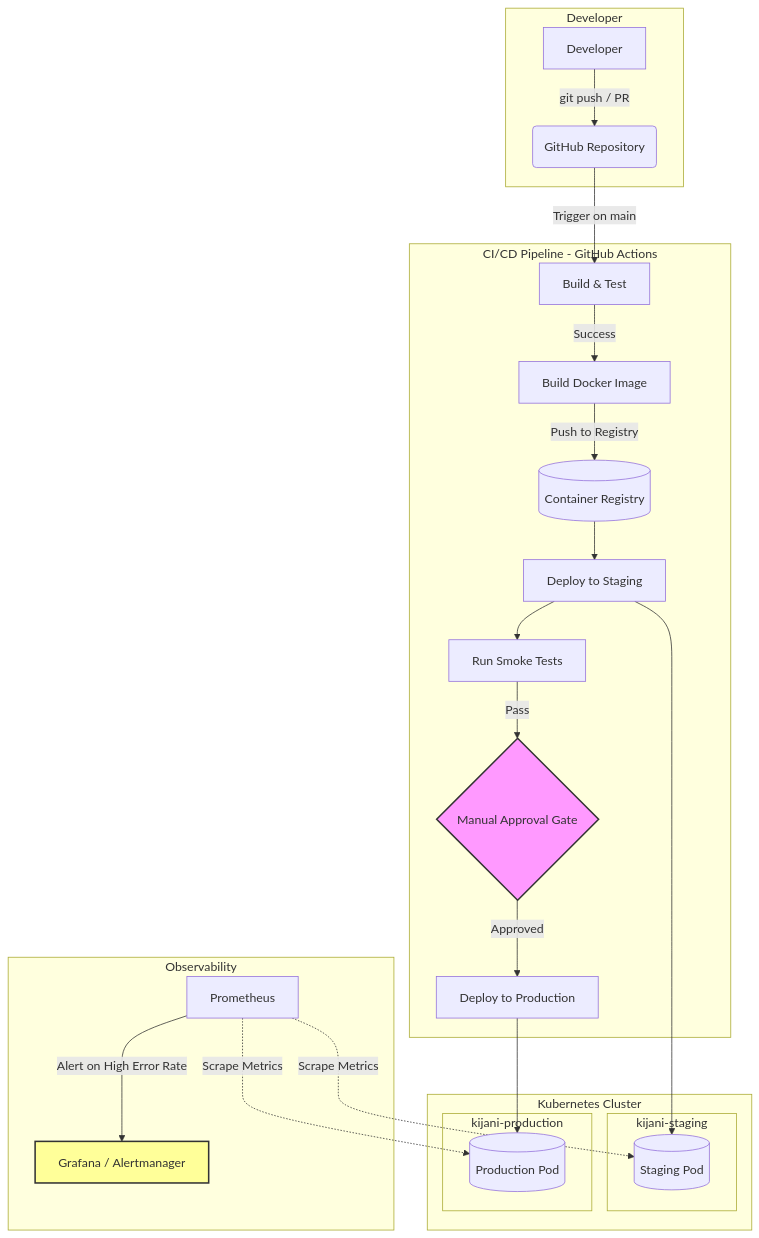
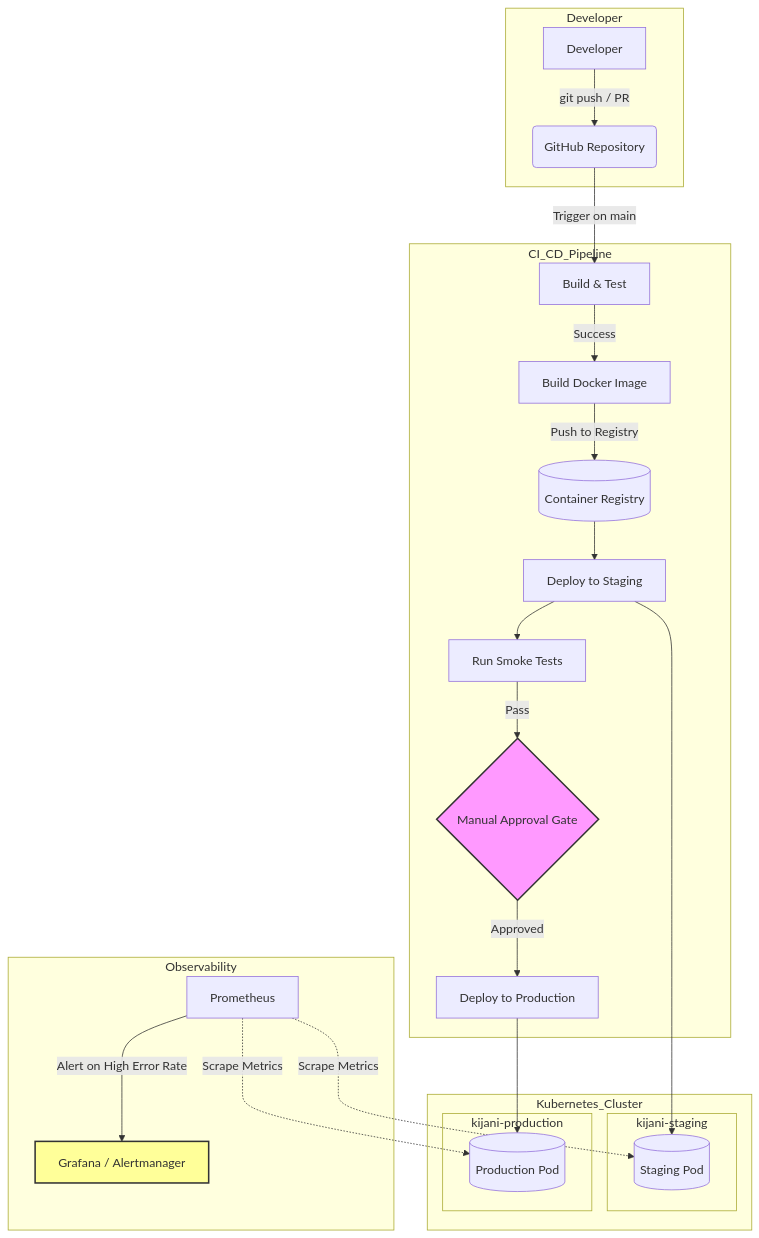
Before and after one commit to ob002/kijani-kiosk-capstone-12: the diagram in README.md, drawn with Mermaid. The commit also changed other lines of this file and 11 other files, not shown here.

````diff
--- a/README.md
+++ b/README.md
@@ -76,30 +142,30 @@
 ```mermaid
 graph TD
     subgraph Developer
         A[Developer] -->|git push / PR| B(GitHub Repository)
     end
-    subgraph CI/CD Pipeline - GitHub Actions
+    subgraph CI_CD_Pipeline
         B -->|Trigger on main| C[Build & Test]
         C -->|Success| D[Build Docker Image]
         D -->|Push to Registry| E[(Container Registry)]
         E --> F[Deploy to Staging]
         F --> G[Run Smoke Tests]
         G -->|Pass| H{Manual Approval Gate}
         H -->|Approved| I[Deploy to Production]
     end
-    subgraph Kubernetes Cluster
+    subgraph Kubernetes_Cluster
         subgraph kijani-staging
             F --> J[(Staging Pod)]
         end
         subgraph kijani-production
             I --> K[(Production Pod)]
         end
     end
     subgraph Observability
         L[Prometheus] -.->|Scrape Metrics| J
         L -.->|Scrape Metrics| K
         L -->|Alert on High Error Rate| M[Grafana / Alertmanager]
     end
     style H fill:#f9f,stroke:#333,stroke-width:2px
     style M fill:#ff9,stroke:#333,stroke-width:2px
 ```
````
